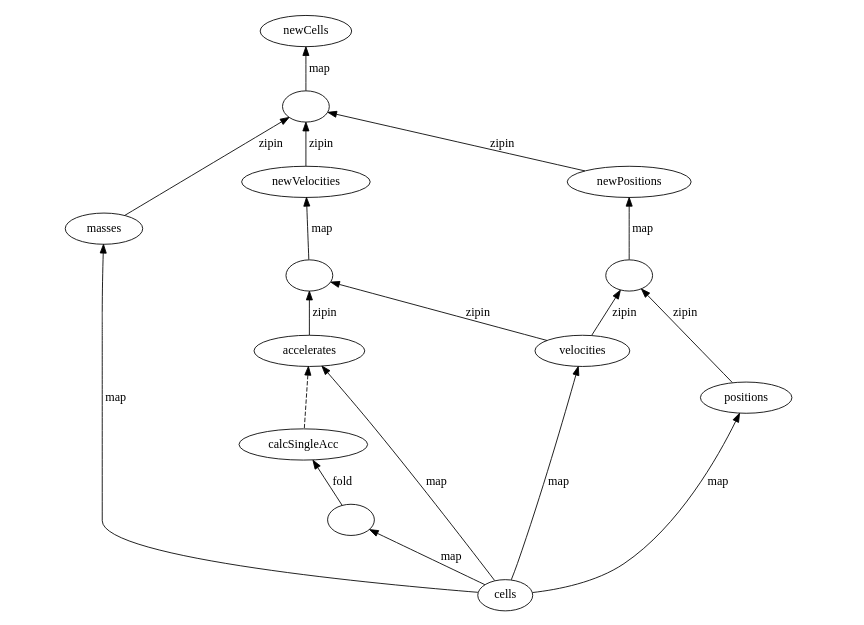
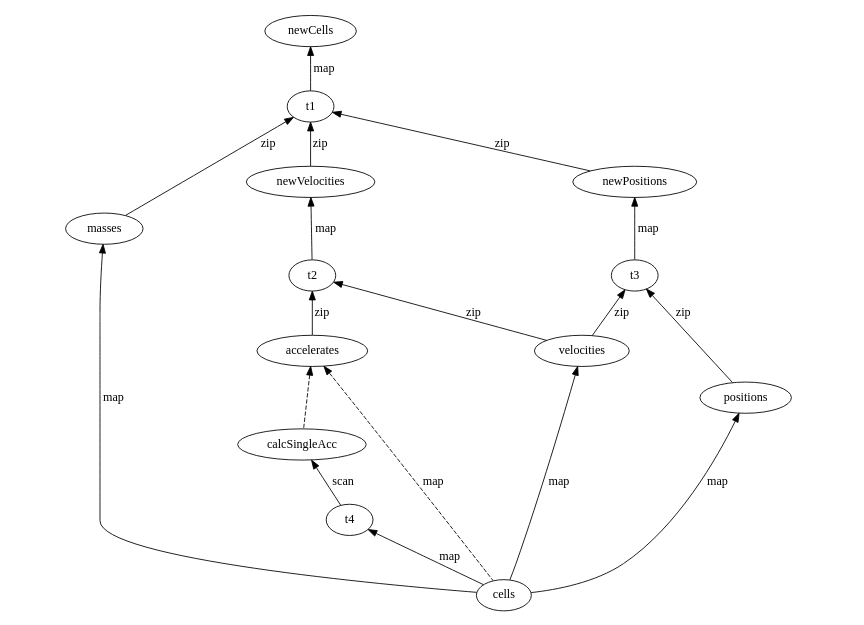
One commit to pysuxing/master-thesis changed the diagram in figures/n-body-stream-new.dot. Above: the diagram before and after it, drawn with Graphviz. The commit also changed 10 other files, not shown here.

```diff
--- a/figures/n-body-stream-new.dot
+++ b/figures/n-body-stream-new.dot
@@ -1,38 +1,38 @@
 digraph G {
 	size="7, 5";
 	ratio="fill";
 	
         newCells;
         masses;
         newVelocities;
         newPositions;
         velocities;
         positions;
         accelerates;
         calcSingleAcc;
         cells;
-        t1[label=""];
-        t2[label=""];
-        t3[label=""];
-        t4[label=""];
+        t1;
+        t2;
+        t3;
+        t4;
 
         edge[dir=back];
 
         newCells -> t1[label="map"];
-        t1 -> masses[label="zipin"];
-        t1 -> newVelocities[label="zipin"];
-        t1 -> newPositions[label="zipin"];
+        t1 -> masses[label="zip"];
+        t1 -> newVelocities[label="zip"];
+        t1 -> newPositions[label="zip"];
         masses -> cells[label="map"];
         newVelocities ->  t2[label="map"];
-        t2 -> velocities[label="zipin"];
-        t2 -> accelerates[label="zipin"];
+        t2 -> velocities[label="zip"];
+        t2 -> accelerates[label="zip"];
         newPositions -> t3[label="map"];
-        t3 -> velocities[label="zipin"];
-        t3 -> positions[label="zipin"];
+        t3 -> velocities[label="zip"];
+        t3 -> positions[label="zip"];
         velocities -> cells[label="map"];
         positions -> cells[label="map"];
-        accelerates -> cells[label="map"];
+        accelerates -> cells[label="map", style=dashed];
         accelerates -> calcSingleAcc[style=dashed];
-        calcSingleAcc -> t4[label="fold"];
+        calcSingleAcc -> t4[label="scan"];
         t4 -> cells[label="map"];
 }
```
